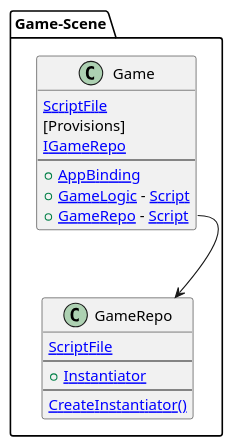
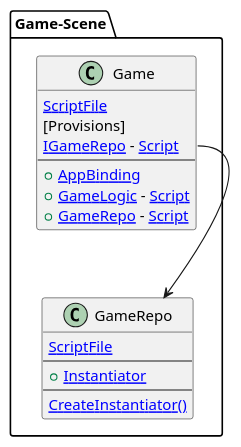
Before and after one commit to chickensoft-games/UMLGenerator: the diagram in src/Chickensoft.UMLGenerator.Tests/Snapshots/ShowAllProperties_Game.verified.puml, drawn with PlantUML. The commit also changed 5 other files, not shown here.

```diff
--- a/src/Chickensoft.UMLGenerator.Tests/Snapshots/ShowAllProperties_Game.verified.puml
+++ b/src/Chickensoft.UMLGenerator.Tests/Snapshots/ShowAllProperties_Game.verified.puml
@@ -1,27 +1,27 @@
 @startuml
 
 package Game-Scene [[../../TestCases/ShowAllProperties/Game.tscn]] {
 	
 class Game  {
 	[[../../Game/Game.cs ScriptFile]]
 	[Provisions]
-	[[../../Game/Game.cs:15 IGameRepo]]
+	[[../../Game/Game.cs:15 IGameRepo]] - [[../../TestCases/ShowAllProperties/Domain/GameRepo.cs Script]]
 --
 + [[../../Game/Game.cs:23 AppBinding]]
 	+ [[../../Game/Game.cs:22 GameLogic]] - [[../../TestCases/ShowAllProperties/Logic/GameLogic.cs Script]]
 	+ [[../../Game/Game.cs:21 GameRepo]] - [[../../TestCases/ShowAllProperties/Domain/GameRepo.cs Script]]
 }
 
 	
 class GameRepo  {
 	[[../../TestCases/ShowAllProperties/Domain/GameRepo.cs ScriptFile]]
 --
 + [[../../TestCases/ShowAllProperties/Domain/GameRepo.cs:15 Instantiator]]
 --
 [[../../TestCases/ShowAllProperties/Domain/GameRepo.cs:17 CreateInstantiator()]]
 }
 
 	Game::GameRepo --> GameRepo
 }
 
 @enduml
```
